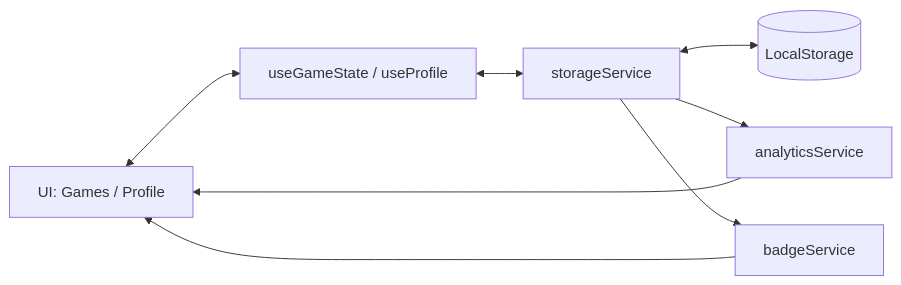
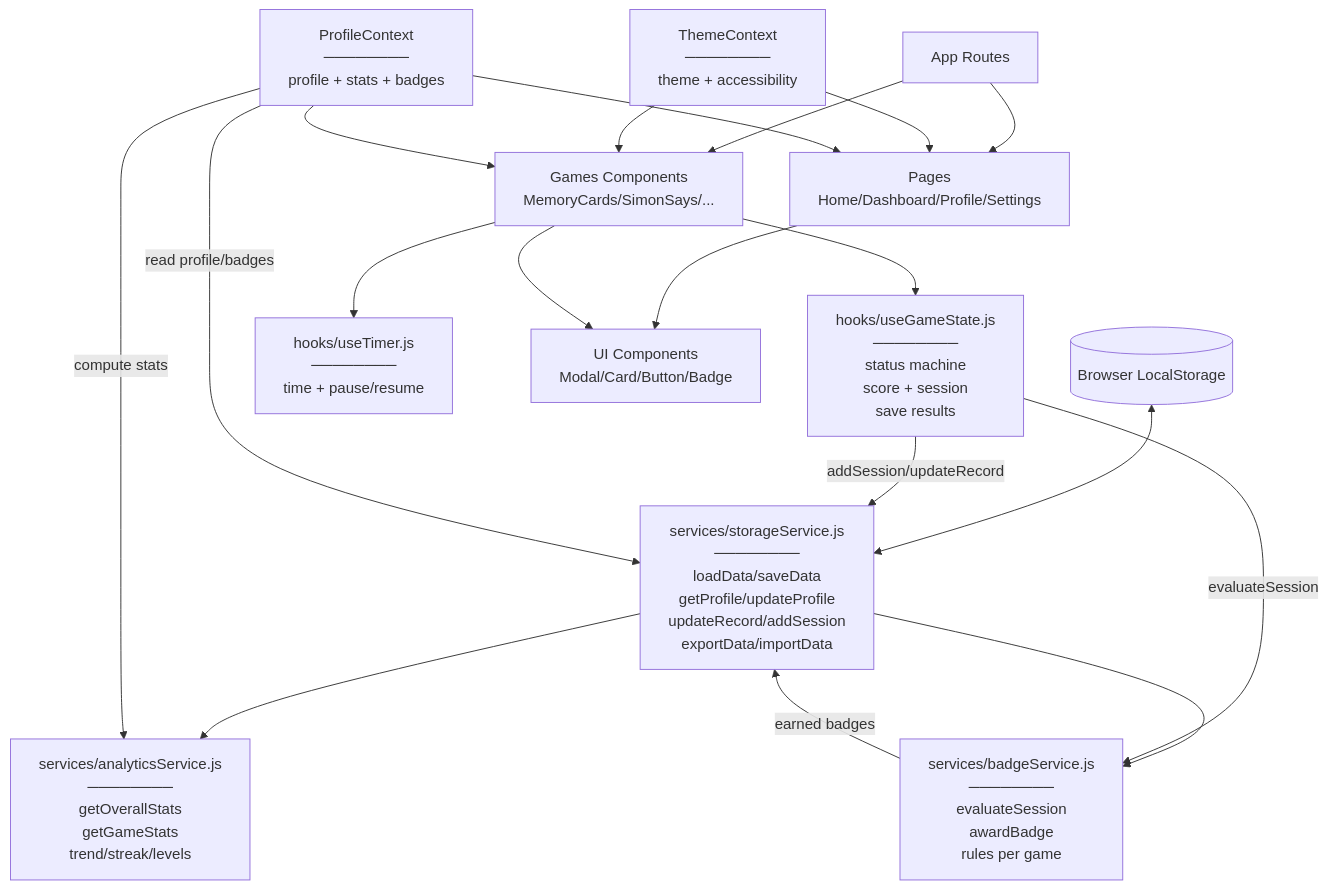
The second of 2 diagrams in README.md (AlinaSalovyk/memory-trainer), drawn with Mermaid before and after one commit. The commit also changed other lines of this file and 3 other files, not shown here.

Commit message:
Refactor analytics service and clean up unused code in App and Home components; update README for improved project documentation

````diff
--- a/README.md
+++ b/README.md
@@ -81,11 +216,70 @@
 ```mermaid
-flowchart LR
-    UI[UI: Games / Profile] <--> Hook[useGameState / useProfile]
-    Hook <--> Storage[storageService]
-    Storage <--> LS[(LocalStorage)]
-    Storage --> Analytics[analyticsService]
-    Storage --> Badges[badgeService]
-    Analytics --> UI
-    Badges --> UI
+flowchart TB
+    LS[(Browser LocalStorage)]
+    Storage[services/storageService.js
+────────
+loadData/saveData
+getProfile/updateProfile
+updateRecord/addSession
+exportData/importData]
+    Analytics[services/analyticsService.js
+────────
+getOverallStats
+getGameStats
+trend/streak/levels]
+    Badges[services/badgeService.js
+────────
+evaluateSession
+awardBadge
+rules per game]
 
+    ThemeCtx[ThemeContext
+────────
+theme + accessibility]
+    ProfileCtx[ProfileContext
+────────
+profile + stats + badges]
+
+    HookGame[hooks/useGameState.js
+────────
+status machine
+score + session
+save results]
+    HookTimer[hooks/useTimer.js
+────────
+time + pause/resume]
+
+    Routes[App Routes]
+    Pages[Pages
+Home/Dashboard/Profile/Settings]
+    Games[Games Components
+MemoryCards/SimonSays/...]
+    UI[UI Components
+Modal/Card/Button/Badge]
+
+    LS <--> Storage
+    Storage --> Analytics
+    Storage --> Badges
+
+    Routes --> Pages
+    Routes --> Games
+
+    ThemeCtx --> Pages
+    ThemeCtx --> Games
+
+    ProfileCtx --> Pages
+    ProfileCtx --> Games
+
+    Games --> HookTimer
+    Games --> HookGame
+
+    HookGame -->|addSession/updateRecord| Storage
+    HookGame -->|evaluateSession| Badges
+    Badges -->|earned badges| Storage
+
+    ProfileCtx -->|read profile/badges| Storage
+    ProfileCtx -->|compute stats| Analytics
+
+    Pages --> UI
+    Games --> UI
 ```
````
